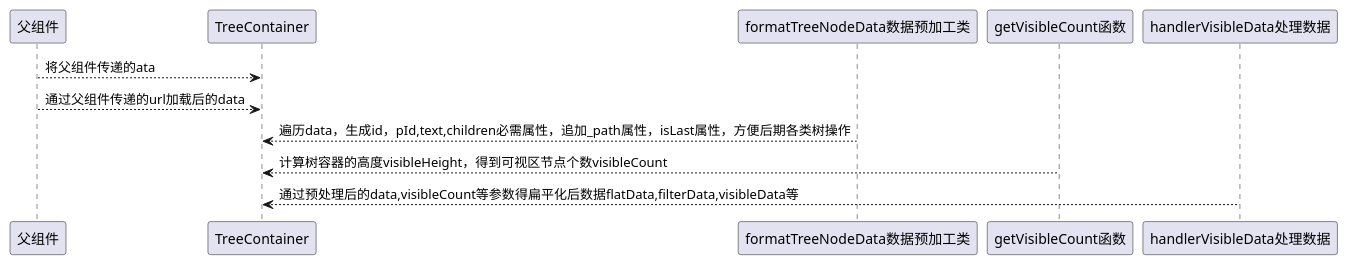
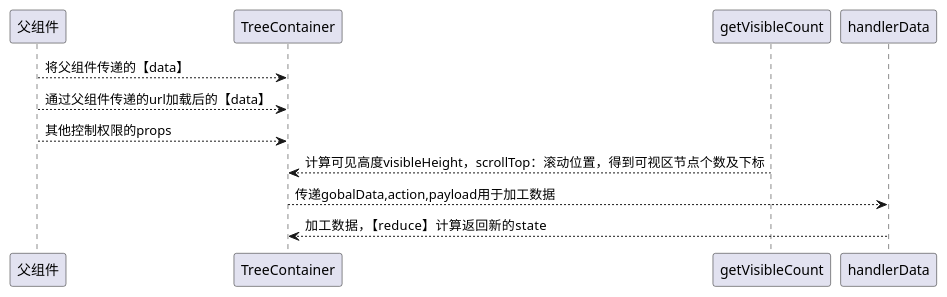
One commit to wangzhiyonglyk/wasabi-tree changed the second of 4 diagrams in README.md. Above: the diagram before and after it, drawn with PlantUML. The commit also changed other lines of this file and 17 other files, not shown here.

````diff
--- a/README.md
+++ b/README.md
@@ -252,9 +260,10 @@
 ```plantuml
 @startuml
-父组件-->TreeContainer:将父组件传递的ata
-父组件-->TreeContainer:通过父组件传递的url加载后的data
-formatTreeNodeData数据预加工类-->TreeContainer:遍历data，生成id，pId,text,children必需属性，追加_path属性，isLast属性，方便后期各类树操作
-getVisibleCount函数-->TreeContainer:计算树容器的高度visibleHeight，得到可视区节点个数visibleCount
-handlerVisibleData处理数据-->TreeContainer:通过预处理后的data,visibleCount等参数得扁平化后数据flatData,filterData,visibleData等
+父组件-->TreeContainer:将父组件传递的【data】
+父组件-->TreeContainer:通过父组件传递的url加载后的【data】
+父组件-->TreeContainer:其他控制权限的props
+getVisibleCount-->TreeContainer:计算可见高度visibleHeight，scrollTop：滚动位置，得到可视区节点个数及下标
+TreeContainer-->handlerData:传递gobalData,action,payload用于加工数据
+handlerData-->TreeContainer:加工数据，【reduce】计算返回新的state
 @enduml
 ```
````
